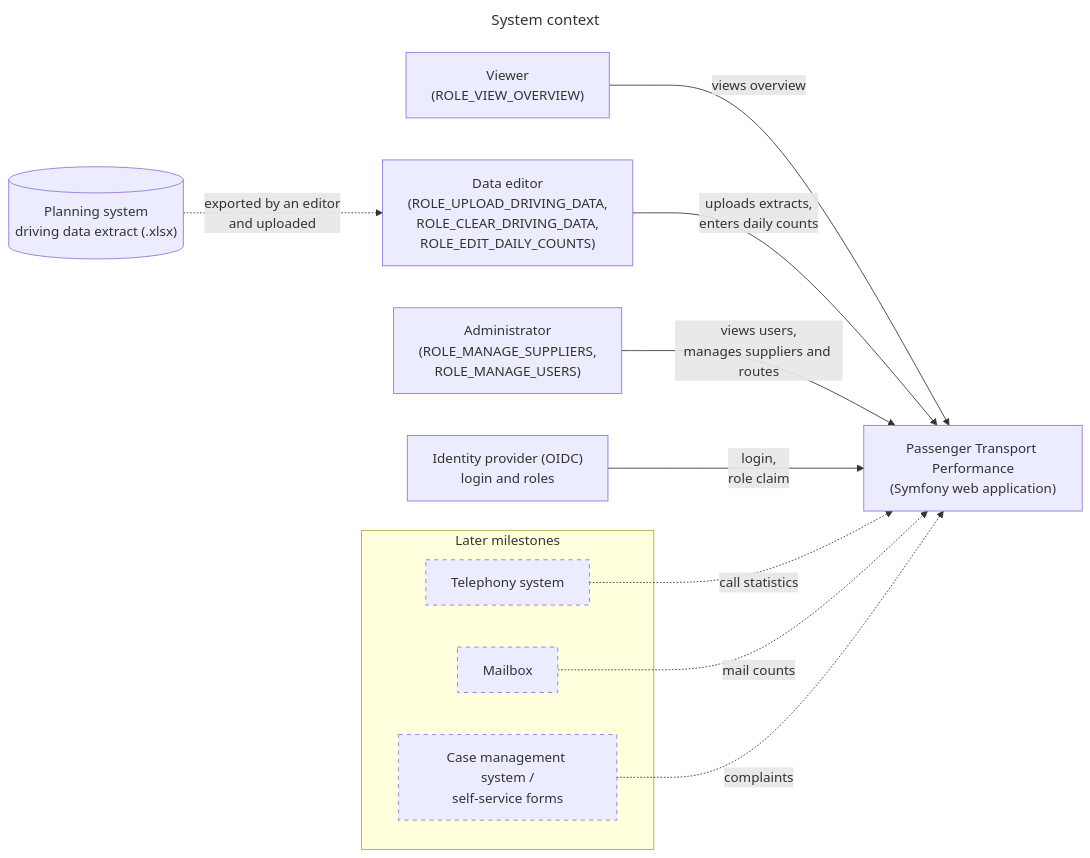
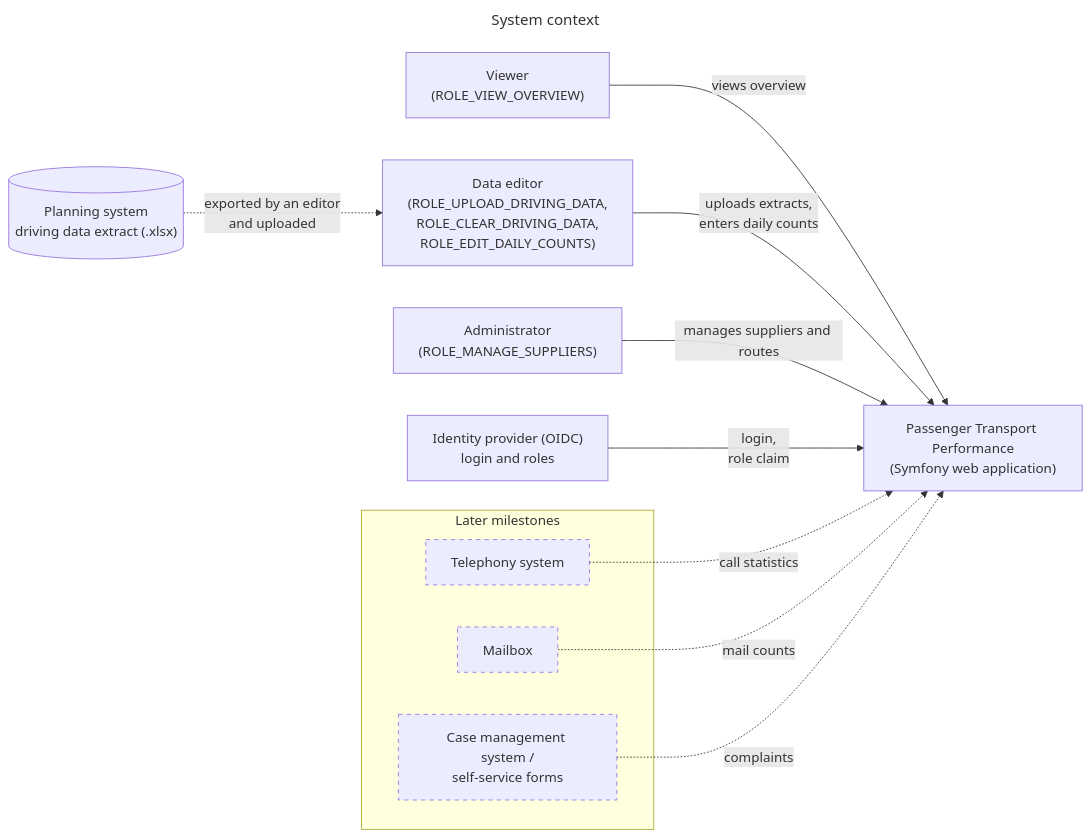
Before and after one commit to itk-dev/koerselsoverblik: the diagram in docs/diagrams/context.mmd, drawn with Mermaid. The commit also changed 7 other files, not shown here.

First line of the commit message:
refactor: remove the users item, ROLE_MANAGE_USERS and the Administration group (M1-10)

```diff
--- a/docs/diagrams/context.mmd
+++ b/docs/diagrams/context.mmd
@@ -1,31 +1,31 @@
 ---
 title: System context
 ---
 flowchart LR
     user["Viewer<br/>(ROLE_VIEW_OVERVIEW)"]
     editor["Data editor<br/>(ROLE_UPLOAD_DRIVING_DATA,<br/>ROLE_CLEAR_DRIVING_DATA,<br/>ROLE_EDIT_DAILY_COUNTS)"]
-    admin["Administrator<br/>(ROLE_MANAGE_SUPPLIERS,<br/>ROLE_MANAGE_USERS)"]
+    admin["Administrator<br/>(ROLE_MANAGE_SUPPLIERS)"]
 
     app["Passenger Transport Performance<br/>(Symfony web application)"]
 
     planning[("Planning system<br/>driving data extract (.xlsx)")]
     idp["Identity provider (OIDC)<br/>login and roles"]
 
     subgraph later["Later milestones"]
         telephony["Telephony system"]
         mailbox["Mailbox"]
         cases["Case management system /<br/>self-service forms"]
     end
 
     user -- "views overview" --> app
     editor -- "uploads extracts,<br/>enters daily counts" --> app
-    admin -- "views users,<br/>manages suppliers and routes" --> app
+    admin -- "manages suppliers and routes" --> app
     planning -. "exported by an editor<br/>and uploaded" .-> editor
     idp -- "login,<br/>role claim" --> app
 
     telephony -. "call statistics" .-> app
     mailbox -. "mail counts" .-> app
     cases -. "complaints" .-> app
 
     classDef future stroke-dasharray: 5 5
     class telephony,mailbox,cases future
```
